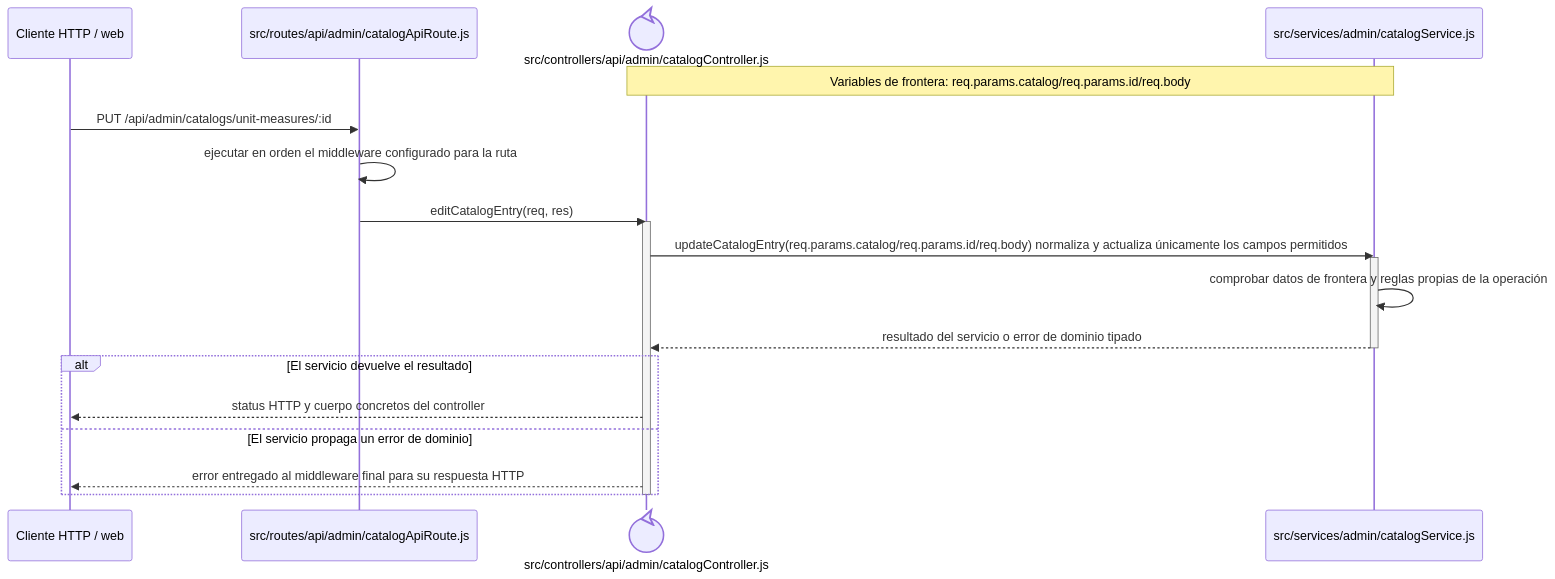
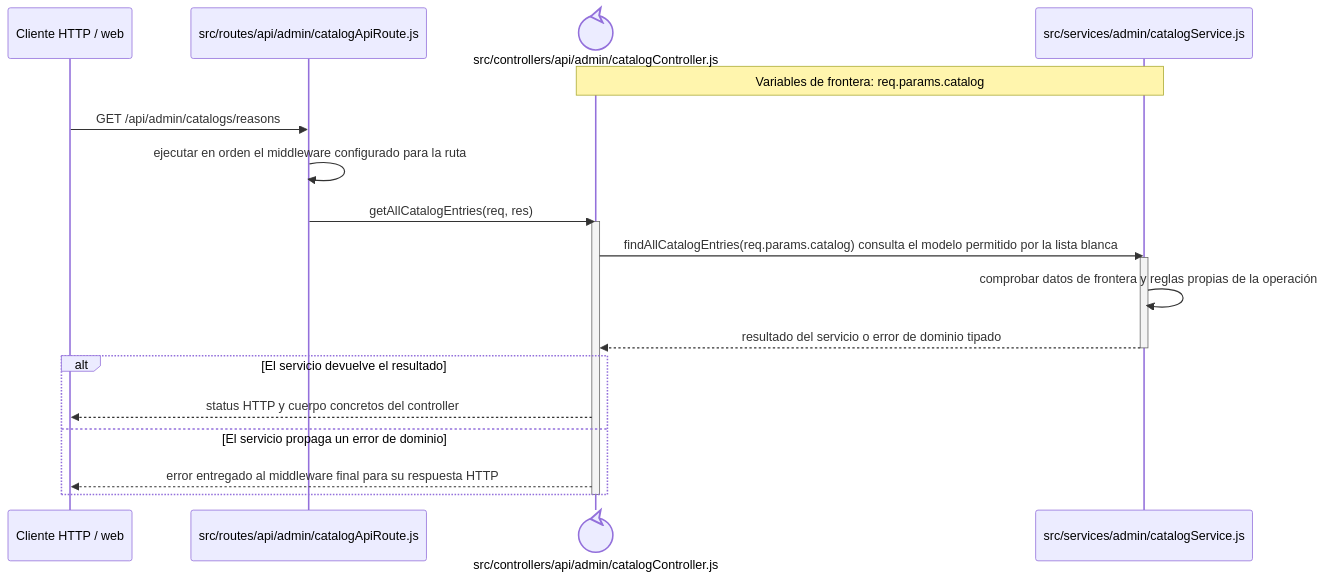
The diagram in docs/architecture/backend-code-sequences/catalogs/cu-cat-21.md (gpgsistemas01/nexus), drawn with Mermaid before and after one commit. The commit also changed other lines of this file and 167 other files, not shown here.

````diff
--- a/docs/architecture/backend-code-sequences/catalogs/cu-cat-21.md
+++ b/docs/architecture/backend-code-sequences/catalogs/cu-cat-21.md
@@ -6,24 +6,24 @@
 ```mermaid
 sequenceDiagram
     participant Client as Cliente HTTP / web
     participant Route as src/routes/api/admin/catalogApiRoute.js
     participant Controller@{ "type": "control" } as src/controllers/api/admin/catalogController.js
     participant Domain as src/services/admin/catalogService.js
-    Note over Controller,Domain: Variables de frontera: req.params.catalog/req.params.id/req.body
+    Note over Controller,Domain: Variables de frontera: req.params.catalog
 
-    Client->>Route: PUT /api/admin/catalogs/unit-measures/:id
+    Client->>Route: GET /api/admin/catalogs/reasons
     Route->>Route: ejecutar en orden el middleware configurado para la ruta
-    Route->>Controller: editCatalogEntry(req, res)
+    Route->>Controller: getAllCatalogEntries(req, res)
     activate Controller
-    Controller->>Domain: updateCatalogEntry(req.params.catalog/req.params.id/req.body) normaliza y actualiza únicamente los campos permitidos
+    Controller->>Domain: findAllCatalogEntries(req.params.catalog) consulta el modelo permitido por la lista blanca
     activate Domain
     Domain->>Domain: comprobar datos de frontera y reglas propias de la operación
     Domain-->>Controller: resultado del servicio o error de dominio tipado
     deactivate Domain
     alt El servicio devuelve el resultado
         Controller-->>Client: status HTTP y cuerpo concretos del controller
     else El servicio propaga un error de dominio
         Controller-->>Client: error entregado al middleware final para su respuesta HTTP
     end
     deactivate Controller
 ```
````
